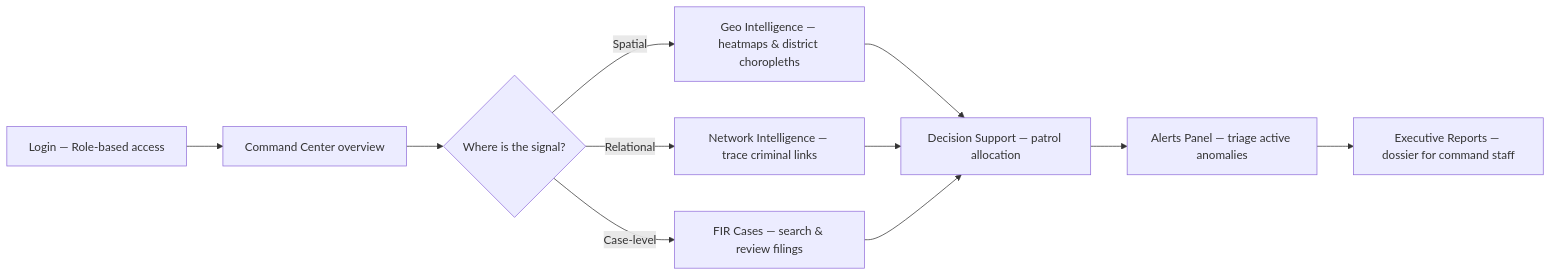
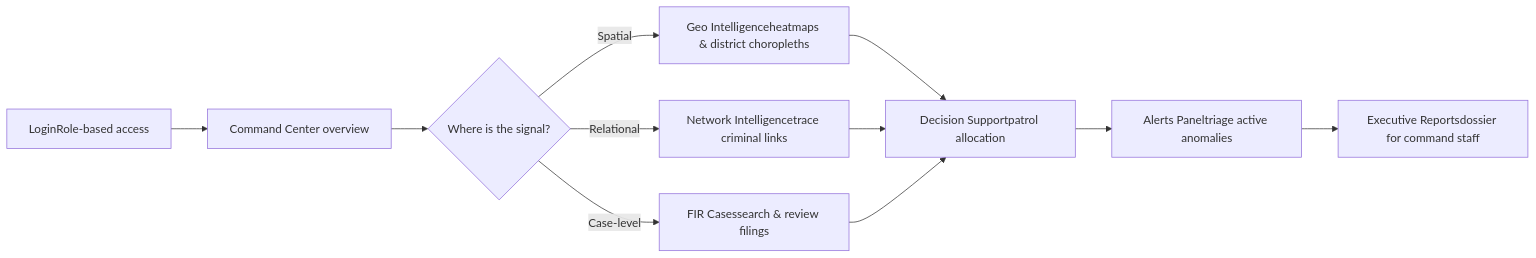
Before and after one commit to InnovateX-SMIT/datathon26: the third of 6 diagrams in README.md, drawn with Mermaid. The commit also changed other lines of this file, not shown here.

````diff
--- a/README.md
+++ b/README.md
@@ -183,13 +194,13 @@
 ```mermaid
 flowchart LR
-    A[Login — Role-based access] --> B[Command Center overview]
-    B --> C{Where is the signal?}
-    C -->|Spatial| D[Geo Intelligence — heatmaps & district choropleths]
-    C -->|Relational| E[Network Intelligence — trace criminal links]
-    C -->|Case-level| F[FIR Cases — search & review filings]
-    D --> G[Decision Support — patrol allocation]
-    E --> G
-    F --> G
-    G --> H[Alerts Panel — triage active anomalies]
-    H --> I[Executive Reports — dossier for command staff]
+A[LoginRole-based access] --> B[Command Center overview]
+B --> C{Where is the signal?}
+C -->|Spatial| D[Geo Intelligenceheatmaps & district choropleths]
+C -->|Relational| E[Network Intelligencetrace criminal links]
+C -->|Case-level| F[FIR Casessearch & review filings]
+D --> G[Decision Supportpatrol allocation]
+E --> G
+F --> G
+G --> H[Alerts Paneltriage active anomalies]
+H --> I[Executive Reportsdossier for command staff]
 ```
````
